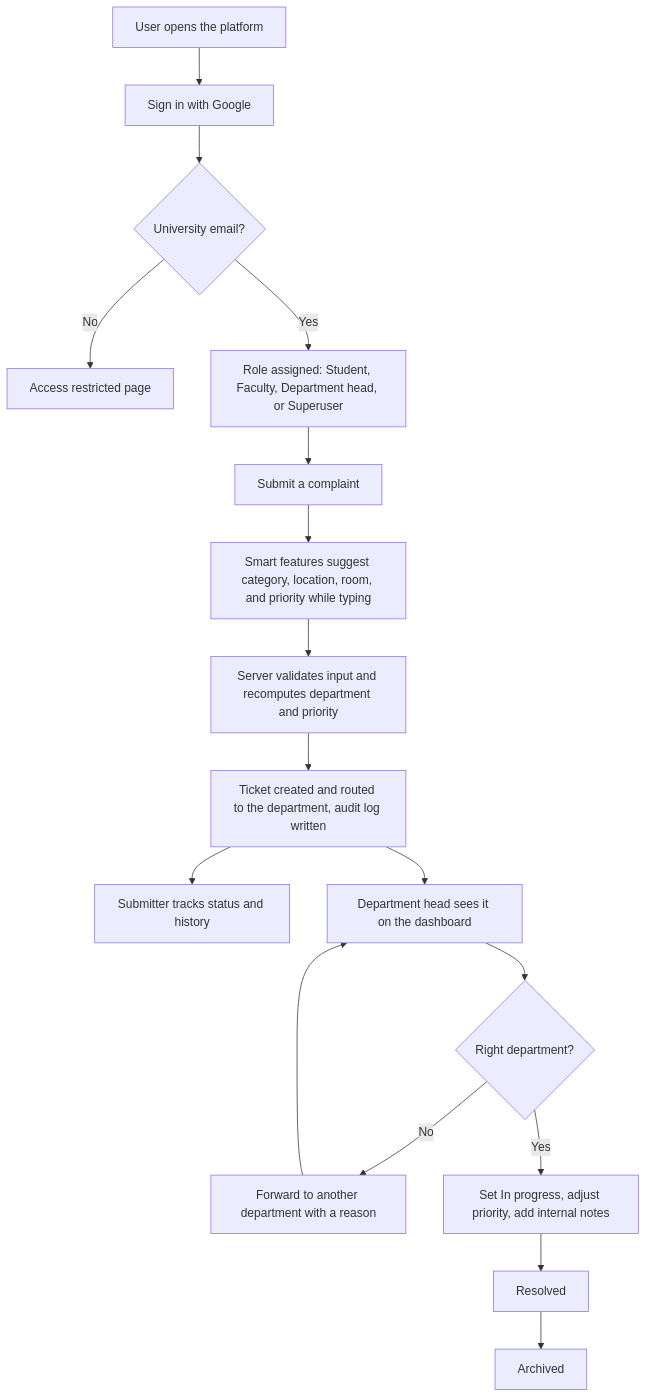
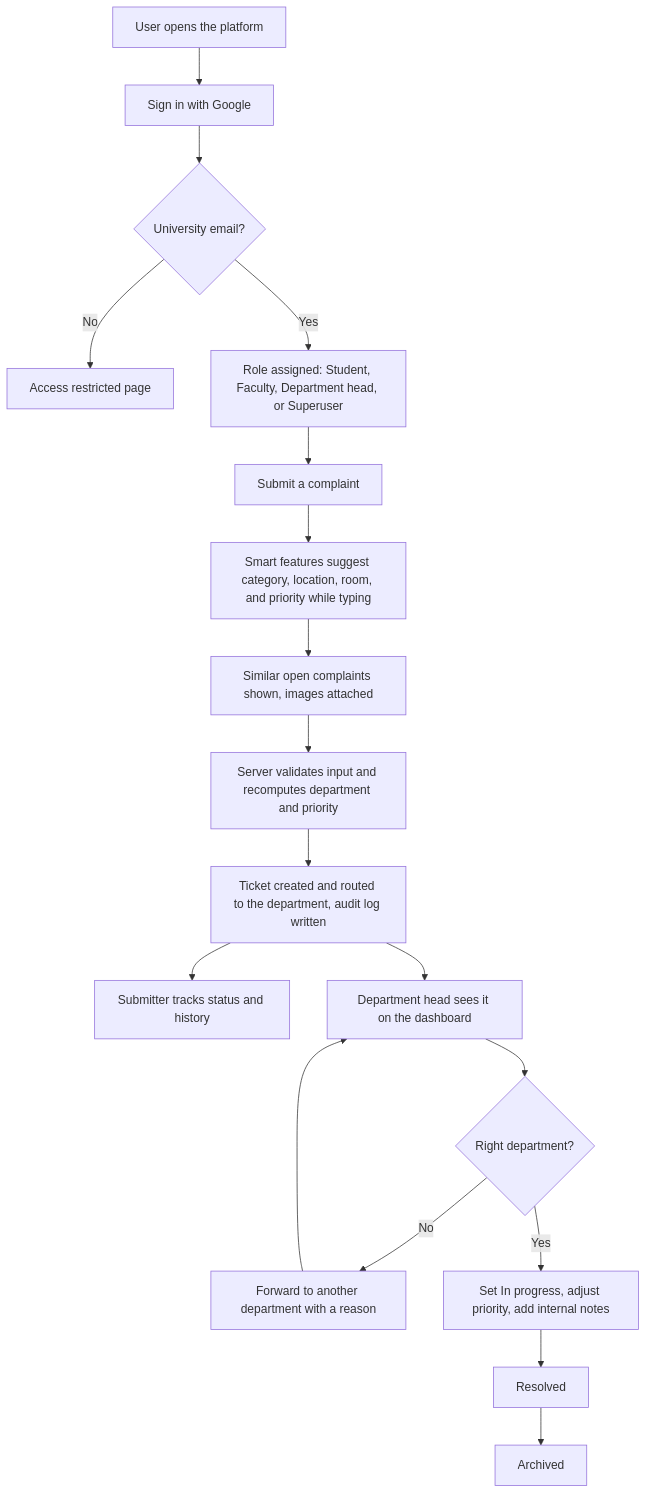
Before and after one commit to DanialZahid/university-issue-tracker: the second of 5 diagrams in README.md, drawn with Mermaid. The commit also changed other lines of this file and 7 other files, not shown here.

Commit message:
Update README with new features, diagrams, and image fallbacks.

````diff
--- a/README.md
+++ b/README.md
@@ -95,19 +180,20 @@
 ```mermaid
 flowchart TD
     A["User opens the platform"] --> B["Sign in with Google"]
     B --> C{"University email?"}
     C -- No --> D["Access restricted page"]
     C -- Yes --> E["Role assigned: Student, Faculty, Department head, or Superuser"]
     E --> F["Submit a complaint"]
     F --> G["Smart features suggest category, location, room, and priority while typing"]
-    G --> H["Server validates input and recomputes department and priority"]
+    G --> G2["Similar open complaints shown, images attached"]
+    G2 --> H["Server validates input and recomputes department and priority"]
     H --> I["Ticket created and routed to the department, audit log written"]
     I --> J["Submitter tracks status and history"]
     I --> K["Department head sees it on the dashboard"]
     K --> L{"Right department?"}
     L -- No --> M["Forward to another department with a reason"]
     M --> K
     L -- Yes --> N["Set In progress, adjust priority, add internal notes"]
     N --> O["Resolved"]
     O --> P["Archived"]
 ```
````
